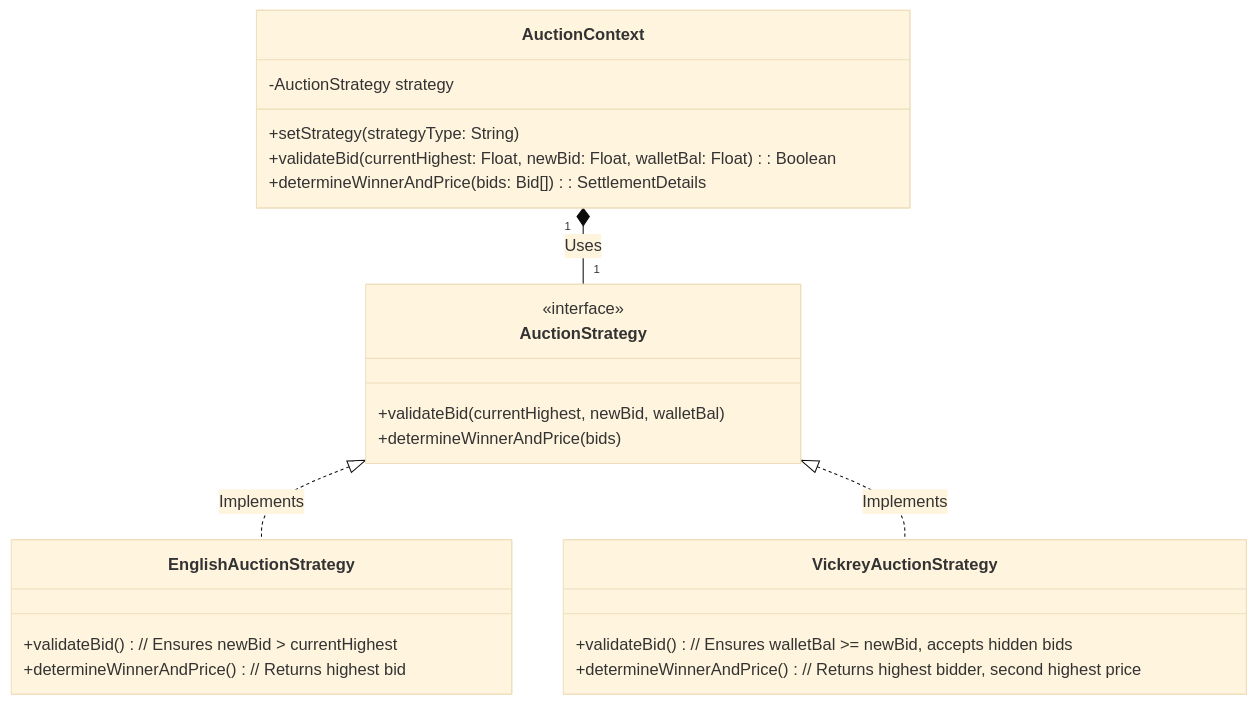
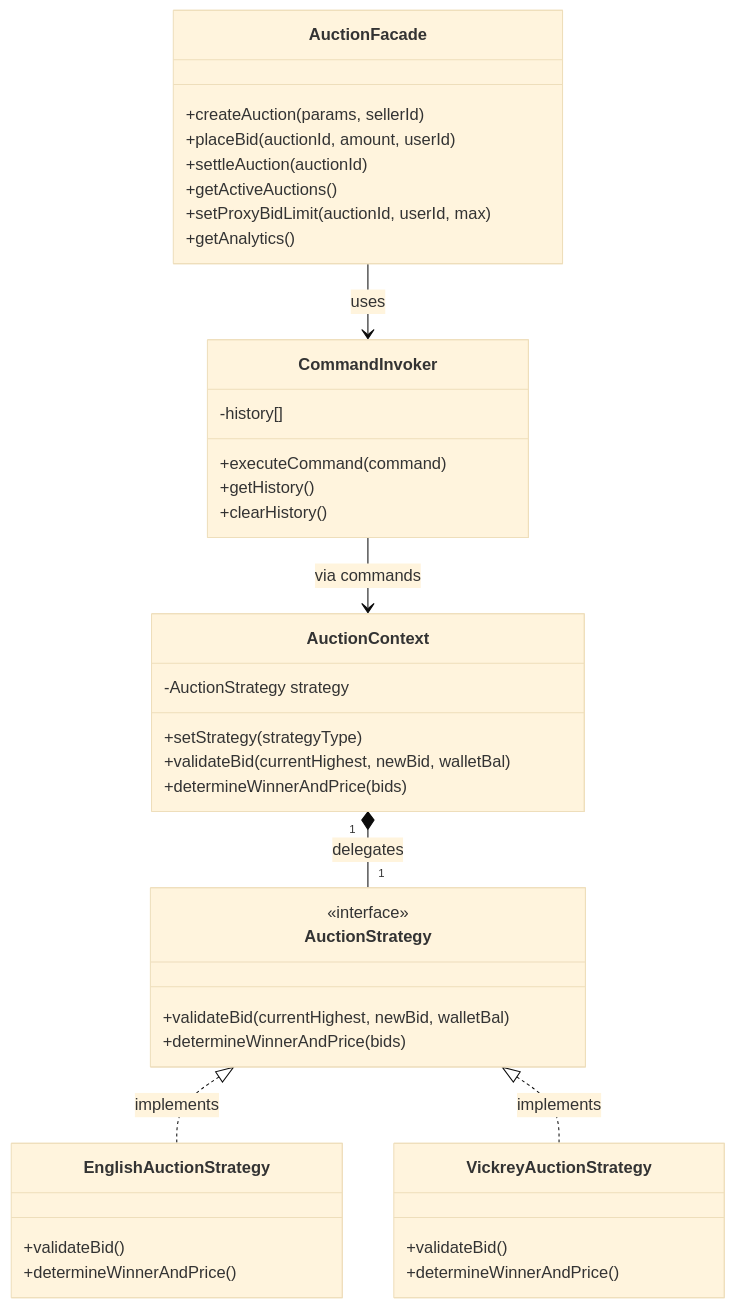
One commit to hetvi3012/Auction changed the third of 5 diagrams in system_design_document.md. Above: the diagram before and after it, drawn with Mermaid (base theme). The commit also changed other lines of this file and 8 other files, not shown here.

Commit message:
Add Docker setup, ARCHITECTURE.md, and update all docs

````diff
--- a/system_design_document.md
+++ b/system_design_document.md
@@ -111,29 +140,47 @@
 ```mermaid
 classDiagram
+    class AuctionFacade {
+      +createAuction(params, sellerId)
+      +placeBid(auctionId, amount, userId)
+      +settleAuction(auctionId)
+      +getActiveAuctions()
+      +setProxyBidLimit(auctionId, userId, max)
+      +getAnalytics()
+    }
+
+    class CommandInvoker {
+      -history[]
+      +executeCommand(command)
+      +getHistory()
+      +clearHistory()
+    }
+
     class AuctionContext {
       -AuctionStrategy strategy
-      +setStrategy(strategyType: String)
-      +validateBid(currentHighest: Float, newBid: Float, walletBal: Float): Boolean
-      +determineWinnerAndPrice(bids: Bid[]): SettlementDetails
+      +setStrategy(strategyType)
+      +validateBid(currentHighest, newBid, walletBal)
+      +determineWinnerAndPrice(bids)
     }
     
     class AuctionStrategy {
       <<interface>>
       +validateBid(currentHighest, newBid, walletBal)
       +determineWinnerAndPrice(bids)
     }
     
     class EnglishAuctionStrategy {
-      +validateBid() // Ensures newBid > currentHighest
-      +determineWinnerAndPrice() // Returns highest bid
+      +validateBid()
+      +determineWinnerAndPrice()
     }
     
     class VickreyAuctionStrategy {
-      +validateBid() // Ensures walletBal >= newBid, accepts hidden bids
-      +determineWinnerAndPrice() // Returns highest bidder, second highest price
+      +validateBid()
+      +determineWinnerAndPrice()
     }
 
-    AuctionContext "1" *-- "1" AuctionStrategy : Uses
-    AuctionStrategy <|.. EnglishAuctionStrategy : Implements
-    AuctionStrategy <|.. VickreyAuctionStrategy : Implements
+    AuctionFacade --> CommandInvoker : uses
+    CommandInvoker --> AuctionContext : via commands
+    AuctionContext "1" *-- "1" AuctionStrategy : delegates
+    AuctionStrategy <|.. EnglishAuctionStrategy : implements
+    AuctionStrategy <|.. VickreyAuctionStrategy : implements
 ```
````
